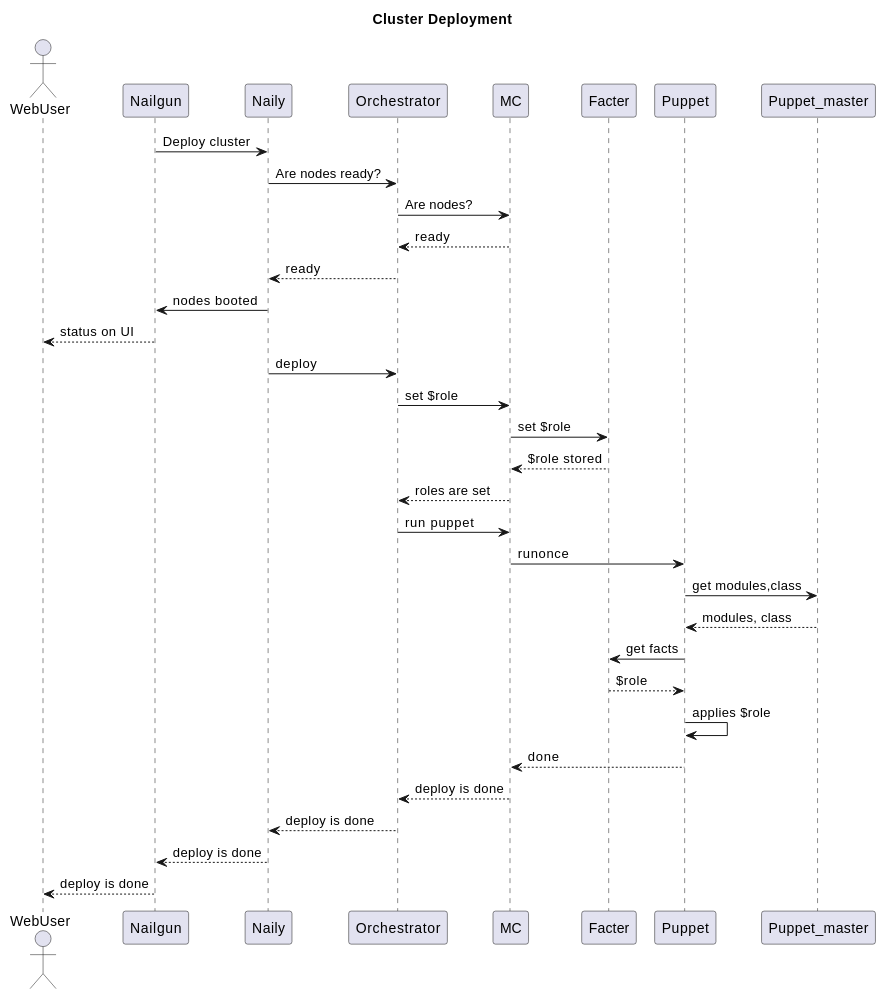
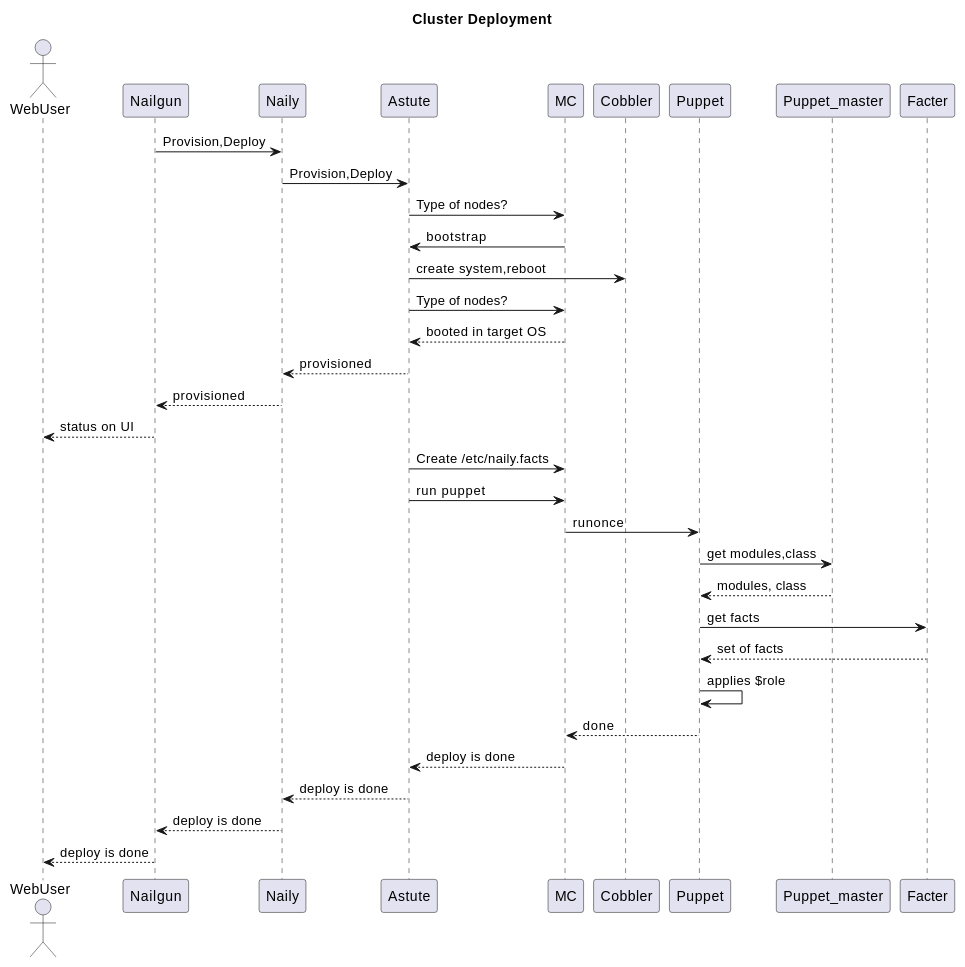
The third of 3 diagrams in docs/develop/sequence.rst (openstack-archive/fuel-main), drawn with PlantUML before and after one commit. The commit also changed other lines of this file and 4 other files, not shown here.

```diff
--- a/docs/develop/sequence.rst
+++ b/docs/develop/sequence.rst
@@ -67,30 +69,30 @@
  .. uml::
     title Cluster Deployment
     actor WebUser
 
-    Nailgun -> Naily: Deploy cluster
-    Naily -> Orchestrator: Are nodes ready?
-    Orchestrator -> MC: Are nodes?
-    MC --> Orchestrator: ready
-    Orchestrator --> Naily: ready
-    Naily -> Nailgun: nodes booted
+    Nailgun -> Naily: Provision,Deploy
+    Naily -> Astute: Provision,Deploy
+    Astute -> MC: Type of nodes?
+    MC -> Astute: bootstrap
+    Astute -> Cobbler: create system,reboot
+    Astute -> MC: Type of nodes?
+
+    MC --> Astute: booted in target OS
+    Astute --> Naily: provisioned
+    Naily --> Nailgun: provisioned
     Nailgun --> WebUser: status on UI
-    Naily -> Orchestrator: deploy
-    Orchestrator -> MC: set $role
-    MC -> Facter: set $role
-    Facter --> MC: $role stored
-    MC --> Orchestrator: roles are set
+    Astute -> MC: Create /etc/naily.facts
 
-    Orchestrator -> MC: run puppet
+    Astute -> MC: run puppet
     MC -> Puppet: runonce
     Puppet -> Puppet_master: get modules,class
     Puppet_master --> Puppet: modules, class
     Puppet -> Facter: get facts
-    Facter --> Puppet: $role
+    Facter --> Puppet: set of facts
 
     Puppet -> Puppet: applies $role
     Puppet --> MC: done
-    MC --> Orchestrator: deploy is done
-    Orchestrator --> Naily: deploy is done
+    MC --> Astute: deploy is done
+    Astute --> Naily: deploy is done
     Naily --> Nailgun: deploy is done
     Nailgun --> WebUser: deploy is done
```
